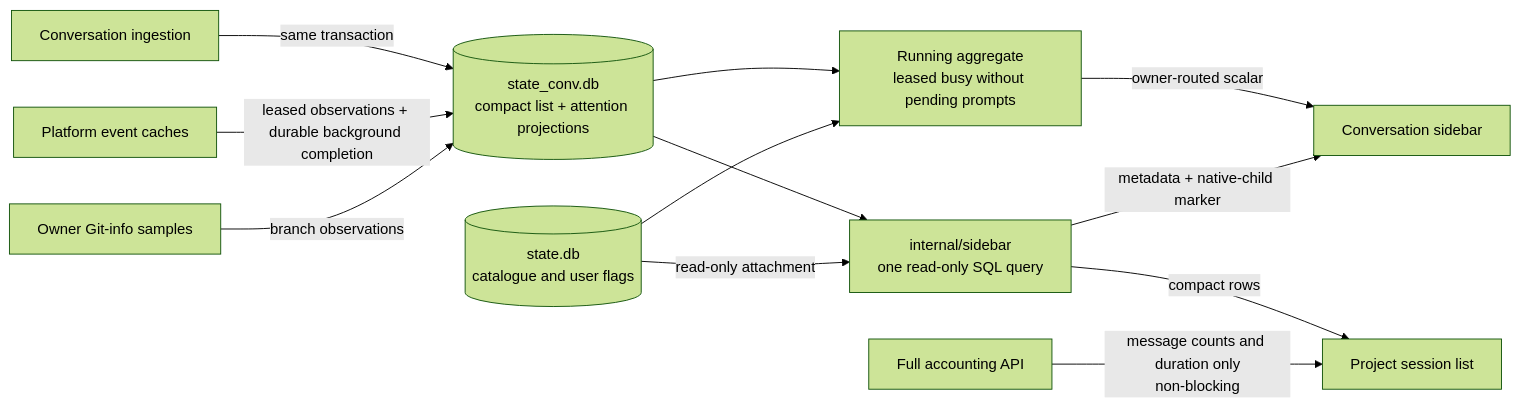
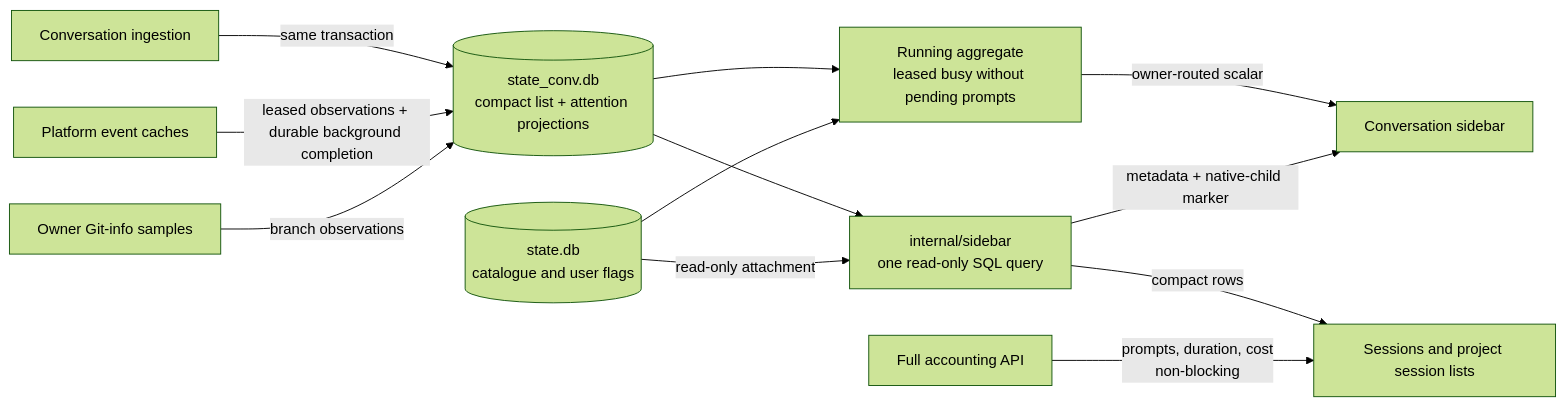
The third of 7 diagrams in docs/other/architecture-history.md (ocman/ocman), drawn with Mermaid (forest theme) before and after one commit. The commit also changed other lines of this file and 11 other files, not shown here.

First line of the commit message:
fix(sessions): read totals for every listed session and surface failures

````diff
--- a/docs/other/architecture-history.md
+++ b/docs/other/architecture-history.md
@@ -368,14 +368,14 @@
 ```mermaid
 flowchart LR
     Import[Conversation ingestion] -->|same transaction| List[(state_conv.db<br/>compact list + attention projections)]
     Events[Platform event caches] -->|leased observations + durable background completion| List
     Git[Owner Git-info samples] -->|branch observations| List
     List --> Query[internal/sidebar<br/>one read-only SQL query]
     Core[(state.db<br/>catalogue and user flags)] -->|read-only attachment| Query
     List --> Count[Running aggregate<br/>leased busy without pending prompts]
     Core --> Count
     Count -->|owner-routed scalar| UI
     Query -->|metadata + native-child marker| UI[Conversation sidebar]
-    Query -->|compact rows| Project[Project session list]
-    Accounting[Full accounting API] -->|message counts and duration only<br/>non-blocking| Project
+    Query -->|compact rows| Project[Sessions and project session lists]
+    Accounting[Full accounting API] -->|prompts, duration, cost<br/>non-blocking| Project
 ```
````
